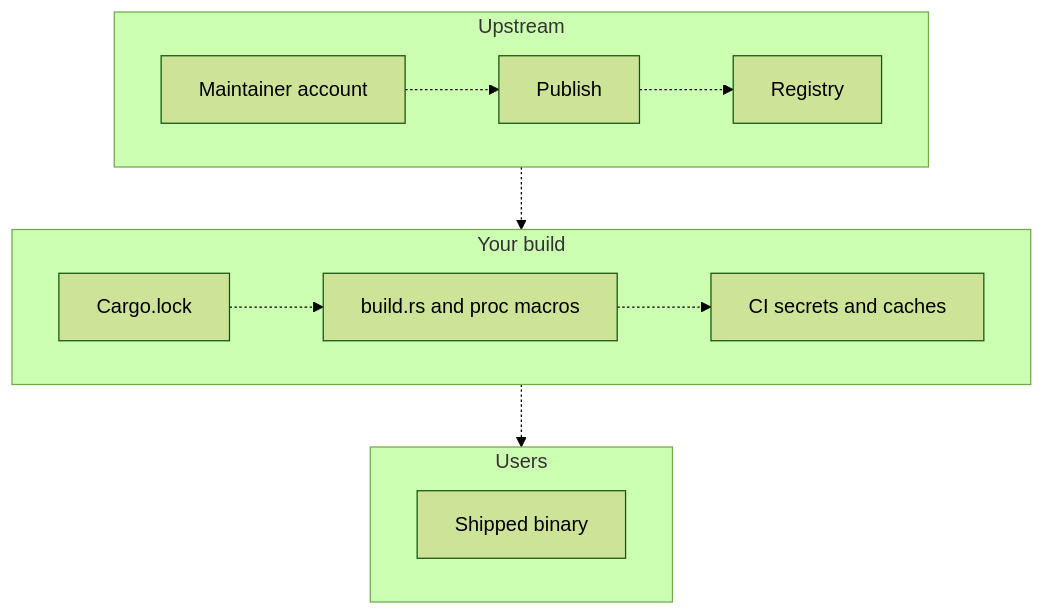
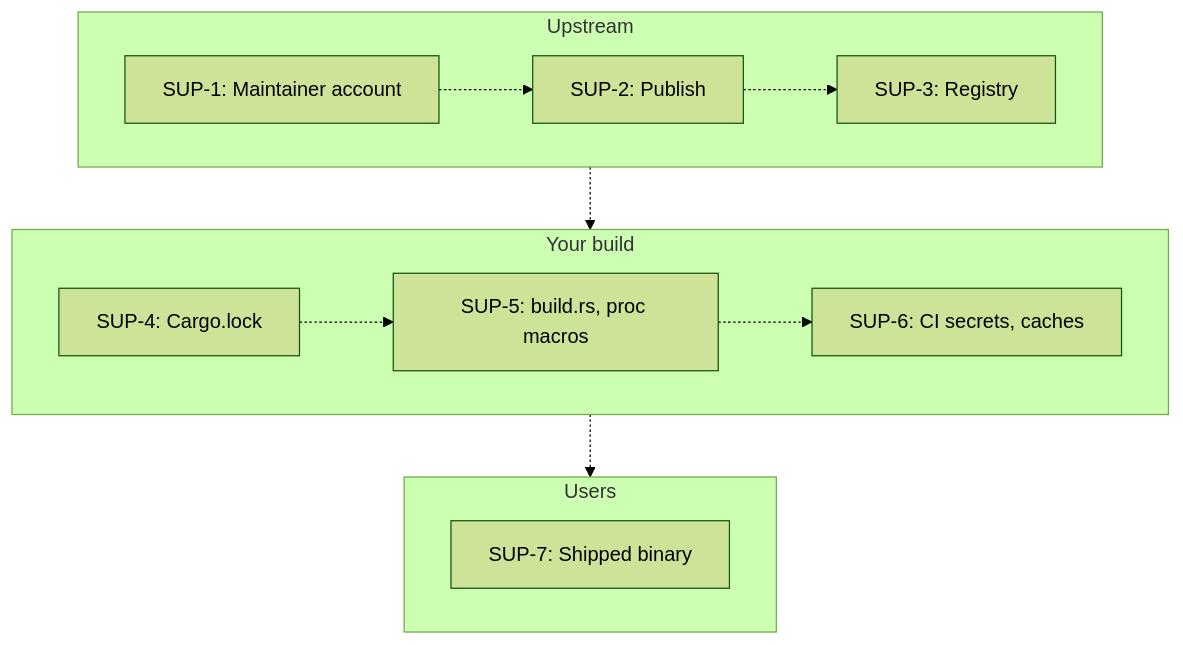
Before and after one commit to iAnonymous3000/awesome-rust-security-guide: the third of 3 diagrams in README.md, drawn with Mermaid (forest theme). The commit also changed other lines of this file and 2 other files, not shown here.

````diff
--- a/README.md
+++ b/README.md
@@ -201,18 +199,18 @@
 ```mermaid
 flowchart TD
     accTitle: Supply-chain path
-    accDescr: Seven stages in three trust zones. Upstream holds the maintainer account, publishing and the registry. Your build holds Cargo.lock, build scripts and proc macros, and CI secrets and caches. Users receive the shipped binary. Every edge is dashed because nothing on this path is compiler-checked.
+    accDescr: Seven stages in three trust zones, each labeled with the control in the table below. Upstream holds the maintainer account (SUP-1), publishing (SUP-2) and the registry (SUP-3). Your build holds Cargo.lock (SUP-4), build scripts and proc macros (SUP-5), and CI secrets and caches (SUP-6). Users receive the shipped binary (SUP-7). Every edge is dashed because nothing on this path is compiler-checked.
     subgraph UP["Upstream"]
-        A["Maintainer account"] -.-> B["Publish"]
-        B -.-> C["Registry"]
+        A["SUP-1: Maintainer account"] -.-> B["SUP-2: Publish"]
+        B -.-> C["SUP-3: Registry"]
     end
     subgraph YB["Your build"]
-        D["Cargo.lock"] -.-> E["build.rs and proc macros"]
-        E -.-> F["CI secrets and caches"]
+        D["SUP-4: Cargo.lock"] -.-> E["SUP-5: build.rs, proc macros"]
+        E -.-> F["SUP-6: CI secrets, caches"]
     end
     subgraph US["Users"]
-        G["Shipped binary"]
+        G["SUP-7: Shipped binary"]
     end
     UP -.-> YB
     YB -.-> US
 ```
````
